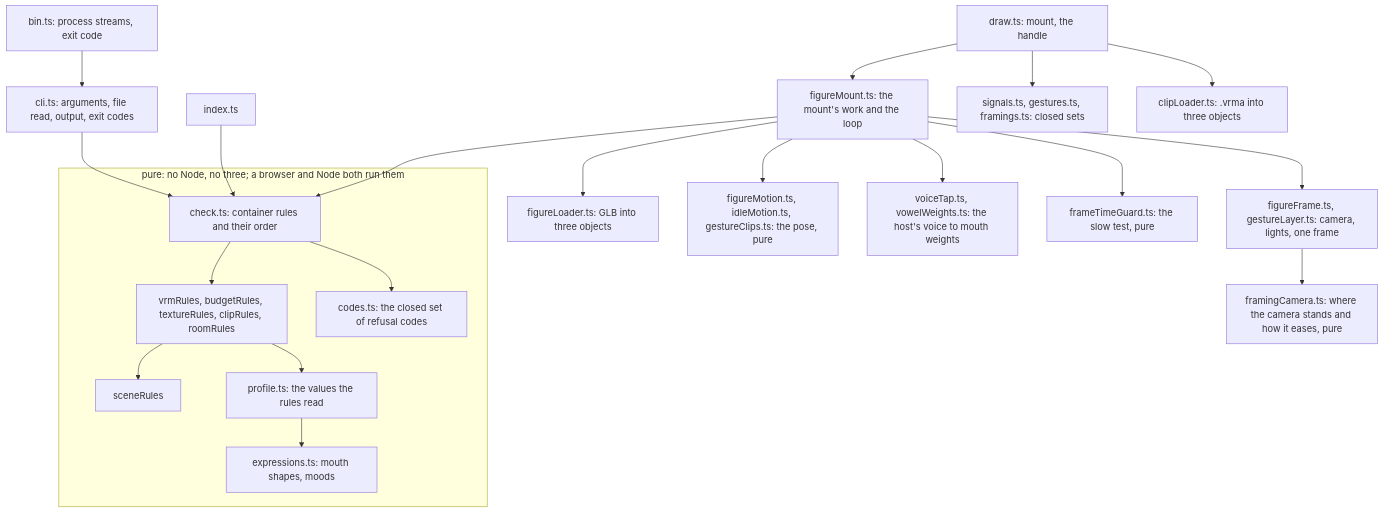
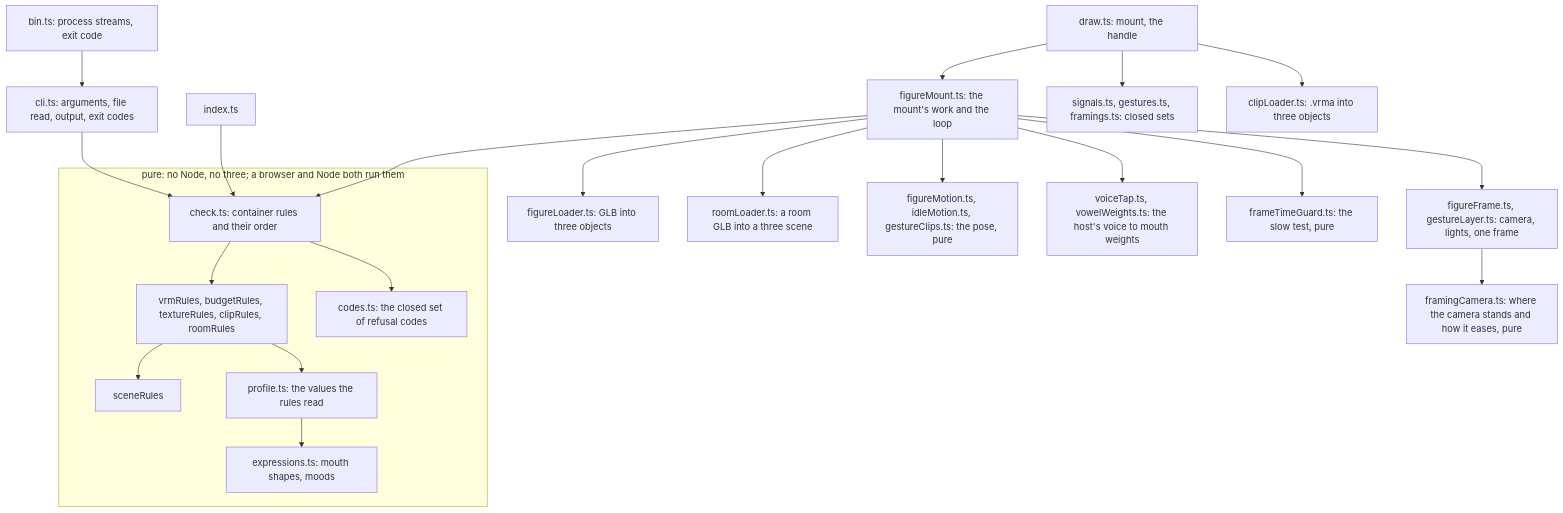
Before and after one commit to overnightworks/figure: the second of 4 diagrams in docs/ARCHITECTURE.md, drawn with Mermaid. The commit also changed other lines of this file and 19 other files, not shown here.

````diff
--- a/docs/ARCHITECTURE.md
+++ b/docs/ARCHITECTURE.md
@@ -22,20 +22,21 @@
 ```mermaid
 flowchart TD
     bin["bin.ts: process streams, exit code"] --> cli["cli.ts: arguments, file read, output, exit codes"]
     cli --> check
     subgraph pure["pure: no Node, no three; a browser and Node both run them"]
         check["check.ts: container rules and their order"] --> rules["vrmRules, budgetRules, textureRules, clipRules, roomRules"] --> scene["sceneRules"]
         rules --> profile["profile.ts: the values the rules read"] --> expressions["expressions.ts: mouth shapes, moods"]
         check --> codes["codes.ts: the closed set of refusal codes"]
     end
     index["index.ts"] --> check
     draw["draw.ts: mount, the handle"] --> figureMount["figureMount.ts: the mount's work and the loop"]
     figureMount --> check
     figureMount --> loaders["figureLoader.ts: GLB into three objects"]
+    figureMount --> roomLoader["roomLoader.ts: a room GLB into a three scene"]
     figureMount --> motion["figureMotion.ts, idleMotion.ts, gestureClips.ts: the pose, pure"]
     figureMount --> frame["figureFrame.ts, gestureLayer.ts: camera, lights, one frame"]
     frame --> framingCamera["framingCamera.ts: where the camera stands and how it eases, pure"]
     figureMount --> voice["voiceTap.ts, vowelWeights.ts: the host's voice to mouth weights"]
     figureMount --> guard["frameTimeGuard.ts: the slow test, pure"]
     draw --> signals["signals.ts, gestures.ts, framings.ts: closed sets"] & clipLoader["clipLoader.ts: .vrma into three objects"]
 ```
````
